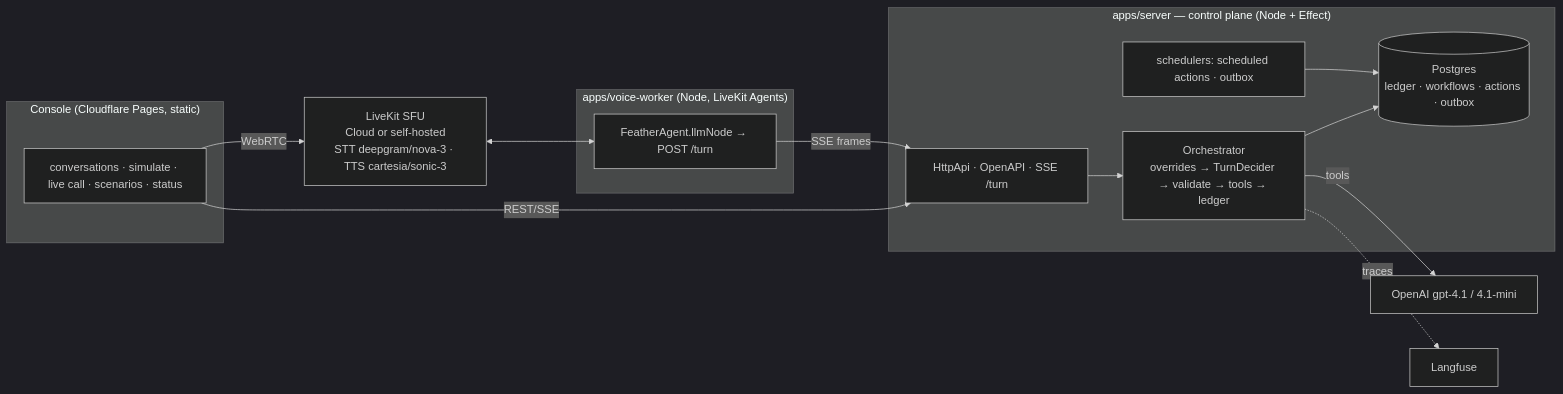
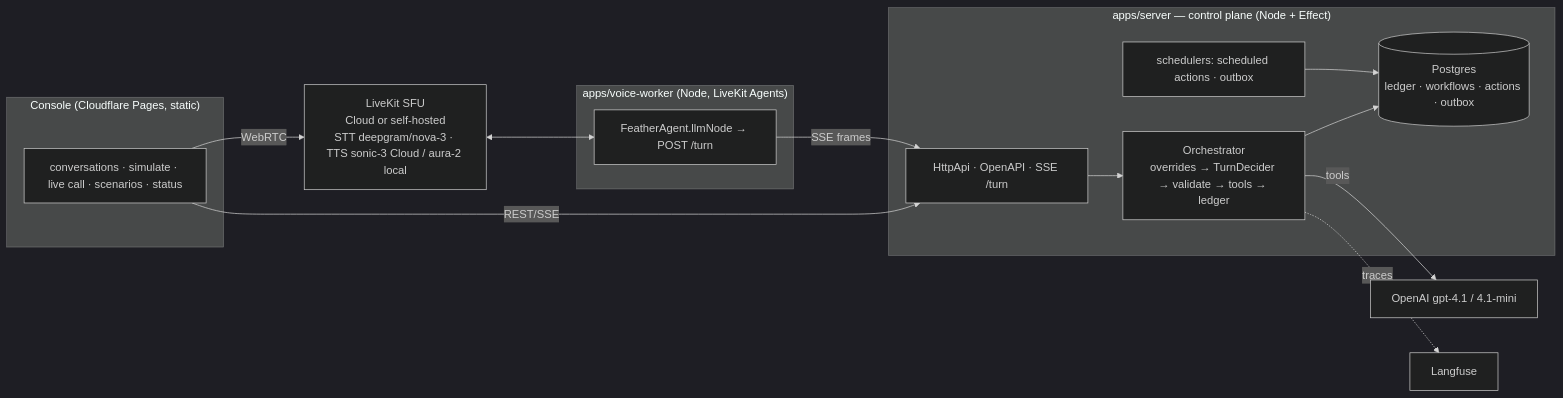
The diagram in README.md (Vaibtan/Feather-Lite), drawn with Mermaid (dark theme) before and after one commit. The commit also changed other lines of this file and 5 other files, not shown here.

````diff
--- a/README.md
+++ b/README.md
@@ -41,22 +41,22 @@
 ```mermaid
 flowchart LR
   subgraph browser["Console (Cloudflare Pages, static)"]
     UI[conversations · simulate · live call · scenarios · status]
   end
   subgraph cp["apps/server — control plane (Node + Effect)"]
     API[HttpApi · OpenAPI · SSE /turn]
     ORCH[Orchestrator<br/>overrides → TurnDecider → validate → tools → ledger]
     SCHED[schedulers: scheduled actions · outbox]
     API --> ORCH --> PG[(Postgres<br/>ledger · workflows · actions · outbox)]
     SCHED --> PG
   end
   subgraph vw["apps/voice-worker (Node, LiveKit Agents)"]
     AG[FeatherAgent.llmNode → POST /turn]
   end
   UI -- REST/SSE --> API
-  UI -- WebRTC --> LK[LiveKit SFU<br/>Cloud or self-hosted<br/>STT deepgram/nova-3 · TTS cartesia/sonic-3]
+  UI -- WebRTC --> LK[LiveKit SFU<br/>Cloud or self-hosted<br/>STT deepgram/nova-3 · TTS sonic-3 Cloud / aura-2 local]
   LK <--> AG
   AG -- SSE frames --> API
   ORCH -- tools --> LLM[OpenAI gpt-4.1 / 4.1-mini]
   ORCH -. traces .-> LF[Langfuse]
 ```
````
